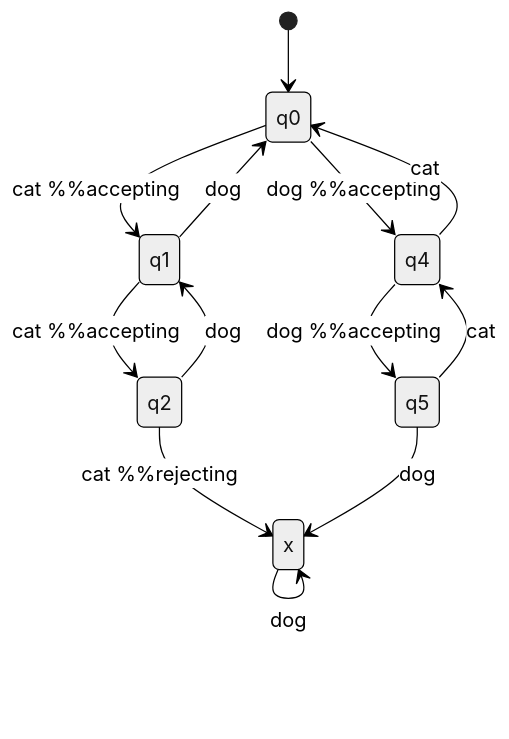
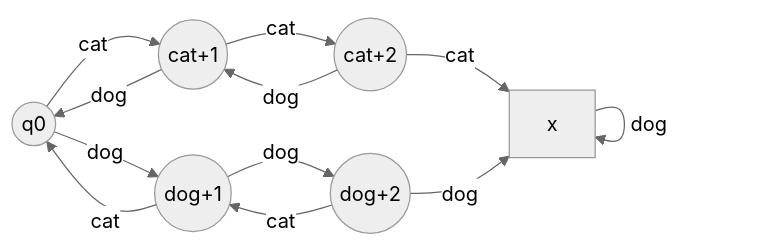
Before and after one commit to dustinnewman/CS181: the first of 2 diagrams in notes/w1d.md, drawn with Mermaid (neutral theme). The commit also changed 6 other files, not shown here.

````diff
--- a/notes/w1d.md
+++ b/notes/w1d.md
@@ -42,16 +42,15 @@
 ```mermaid
-stateDiagram
-    [*] --> q0 %%accepting
-    q0 --> q1: cat %%accepting
-    q1 --> q2: cat %%accepting
-    q2 --> x: cat %%rejecting
-    x --> x: cat
-    x --> x: dog
-    q2 --> q1: dog
-    q1 --> q0: dog
-    q0 --> q4: dog %%accepting
-    q4 --> q5: dog %%accepting
-    q5 --> x: dog
-    q5 --> q4: cat
-    q4 --> q0: cat
+graph LR
+    q0((q0)) --cat--> q1((cat+1))
+    q1 --cat--> q2((cat+2))
+    q2 --cat--> x
+    x --cat--> x
+    x --dog--> x
+    q2 --dog--> q1
+    q1 --dog--> q0
+    q0 --dog--> q4((dog+1))
+    q4 --dog--> q5((dog+2))
+    q5 --dog--> x
+    q5 --cat--> q4
+    q4 --cat--> q0
 ```
````
